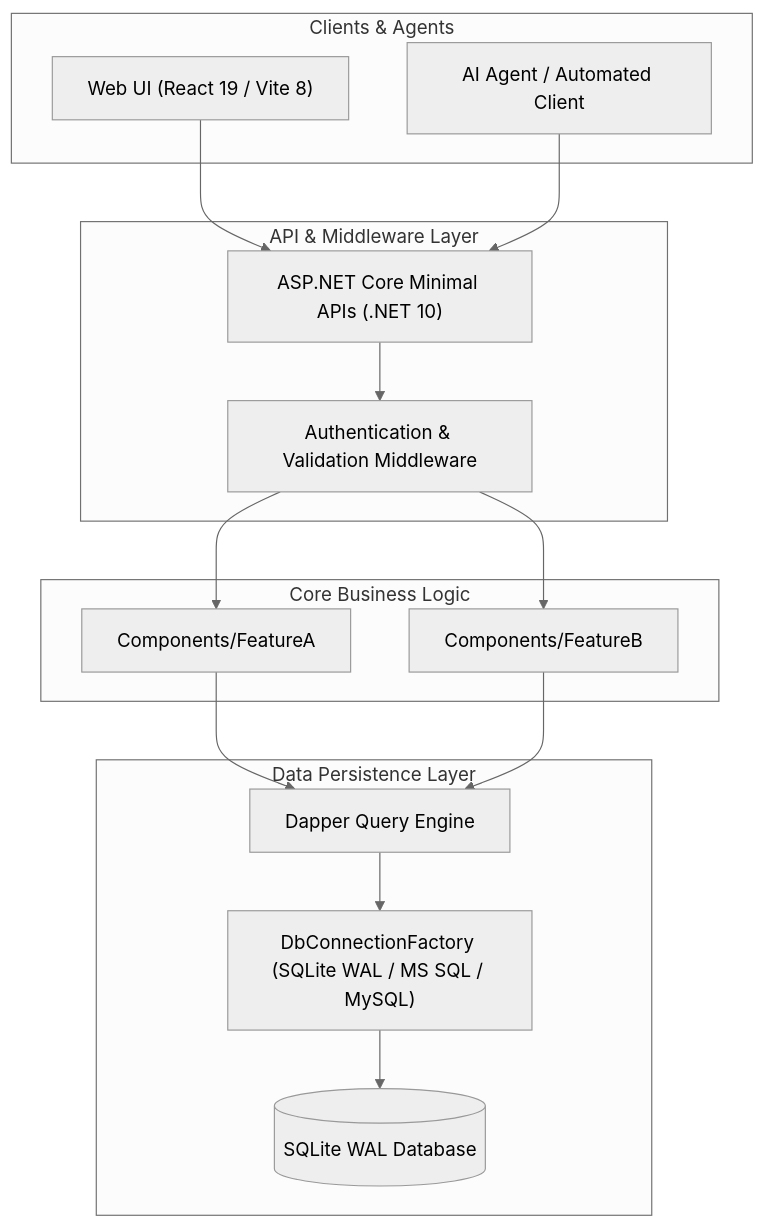
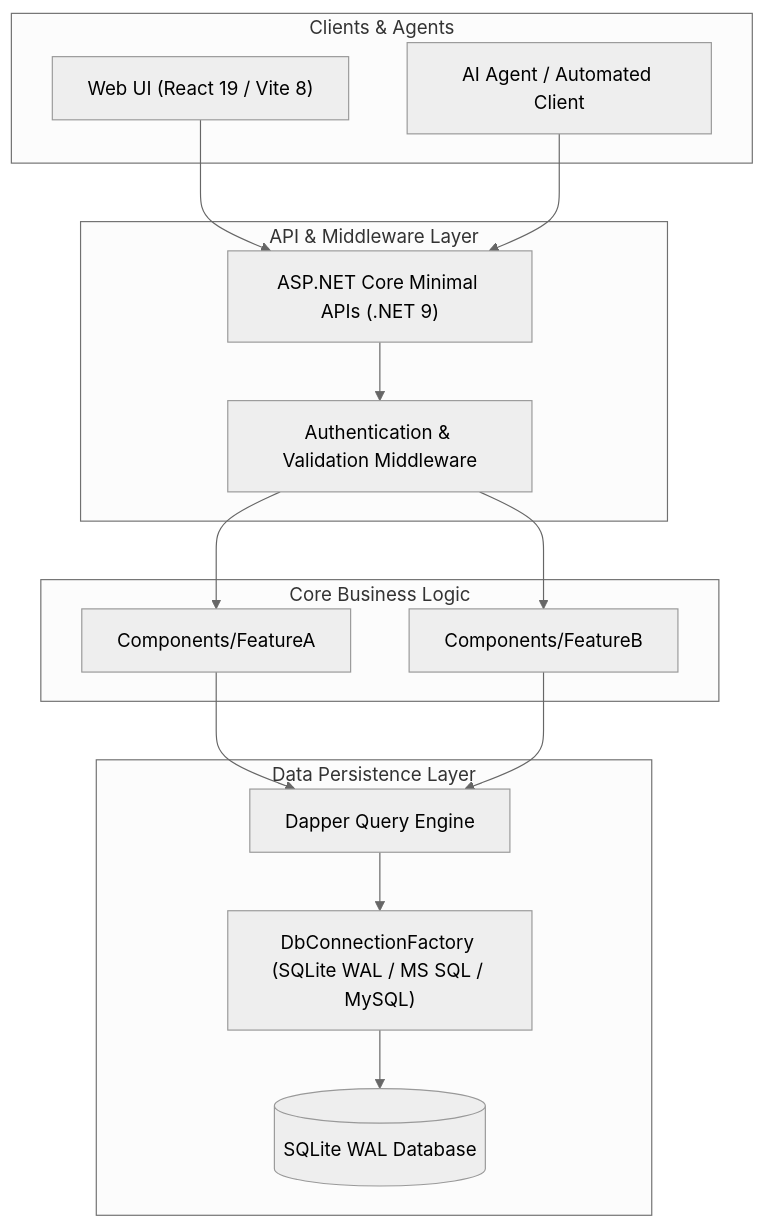
One commit to spelech/AgenticEngineeringToolbelt changed the first of 2 diagrams in templates/docs/ARCHITECTURE.md. Above: the diagram before and after it, drawn with Mermaid (neutral theme). The commit also changed other lines of this file and 12 other files, not shown here.

Commit message:
fix(standards,templates): harmonize .NET 9 versions, CI triggers, and feedback envelope schemas

````diff
--- a/templates/docs/ARCHITECTURE.md
+++ b/templates/docs/ARCHITECTURE.md
@@ -9,33 +9,33 @@
 ```mermaid
 flowchart TD
     subgraph Clients["Clients & Agents"]
         Browser["Web UI (React 19 / Vite 8)"]
         Agent["AI Agent / Automated Client"]
     end
 
     subgraph API["API & Middleware Layer"]
-        MinimalAPI["ASP.NET Core Minimal APIs (.NET 10)"]
+        MinimalAPI["ASP.NET Core Minimal APIs (.NET 9)"]
         AuthMiddleware["Authentication & Validation Middleware"]
     end
 
     subgraph Core["Core Business Logic"]
         SliceA["Components/FeatureA"]
         SliceB["Components/FeatureB"]
     end
 
     subgraph Persistence["Data Persistence Layer"]
         DbFactory["DbConnectionFactory (SQLite WAL / MS SQL / MySQL)"]
         Dapper["Dapper Query Engine"]
         Database[("SQLite WAL Database")]
     end
 
     Browser --> MinimalAPI
     Agent --> MinimalAPI
     MinimalAPI --> AuthMiddleware
     AuthMiddleware --> SliceA
     AuthMiddleware --> SliceB
     SliceA --> Dapper
     SliceB --> Dapper
     Dapper --> DbFactory
     DbFactory --> Database
 ```
````
